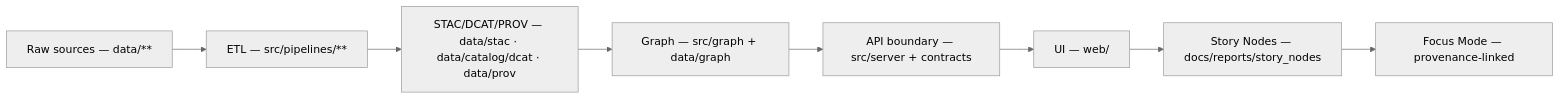
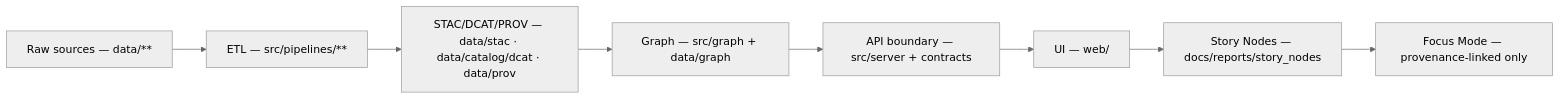
Before and after one commit to bartytime4life/Kansas-Frontier-Matrix: the first of 2 diagrams in README.md, drawn with Mermaid (neutral theme). The commit also changed other lines of this file, not shown here.

```diff
--- a/README.md
+++ b/README.md
@@ -213,10 +286,10 @@
 ~~~mermaid
 flowchart LR
   R["Raw sources — data/**"] --> A["ETL — src/pipelines/**"]
   A --> B["STAC/DCAT/PROV — data/stac · data/catalog/dcat · data/prov"]
   B --> C["Graph — src/graph + data/graph"]
   C --> D["API boundary — src/server + contracts"]
   D --> E["UI — web/"]
   E --> F["Story Nodes — docs/reports/story_nodes"]
-  F --> G["Focus Mode — provenance-linked"]
+  F --> G["Focus Mode — provenance-linked only"]
 ~~~
```
